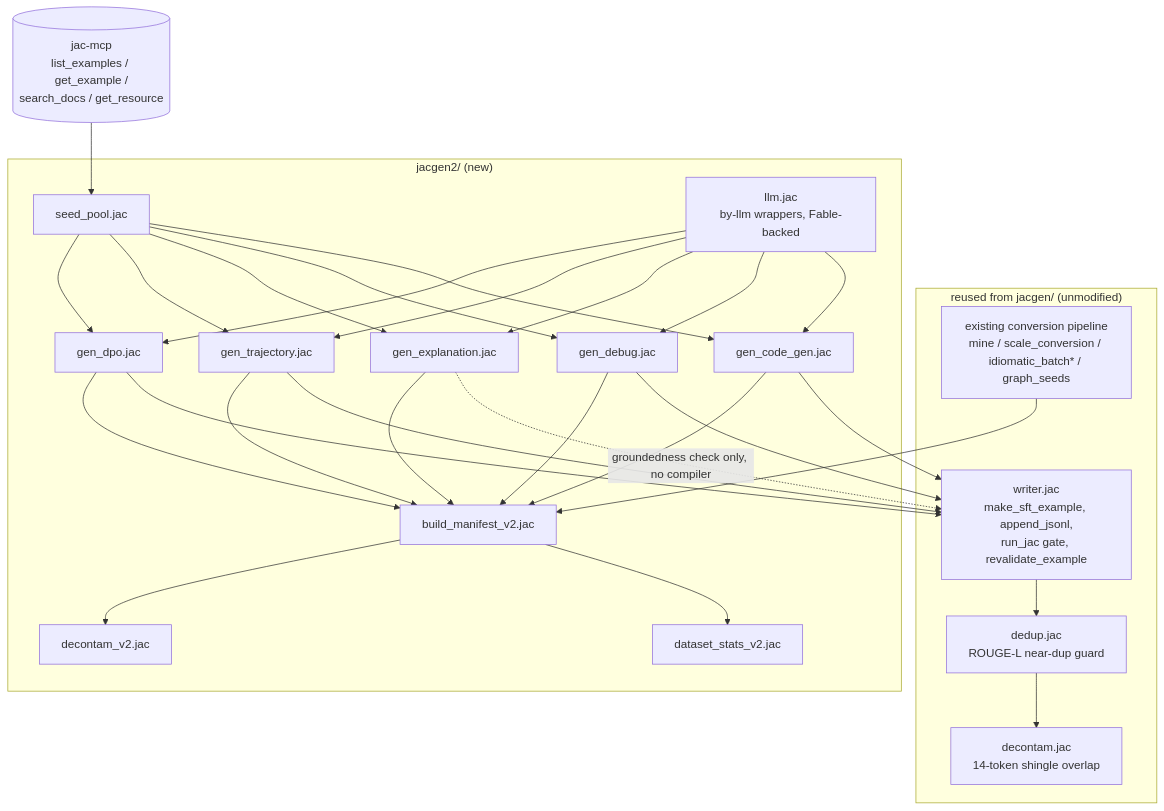
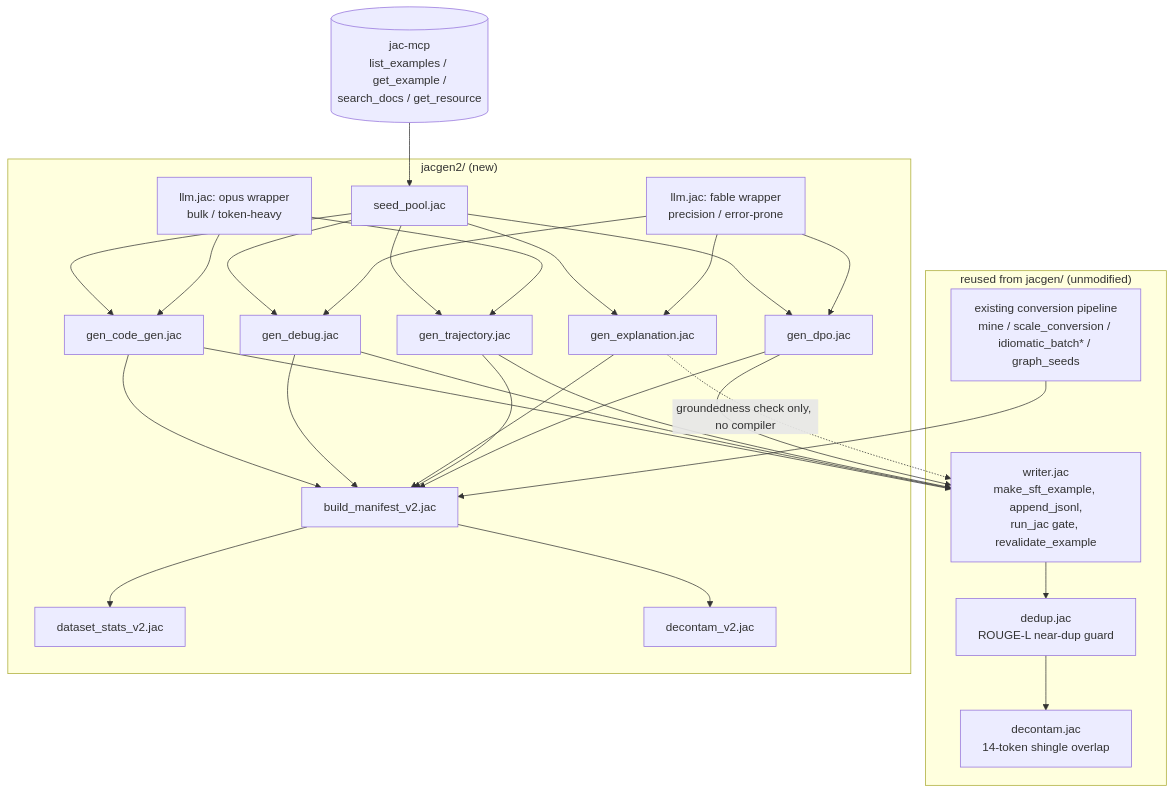
The first of 3 diagrams in 04-cpt-sft/docs/datagen/workflow.md (jaseci-labs/Jac_Model_Experiments), drawn with Mermaid before and after one commit. The commit also changed other lines of this file and 3 other files, not shown here.

First line of the commit message:
docs: 04-cpt-sft — split generator model, Opus for bulk, Fable for precision

````diff
--- a/04-cpt-sft/docs/datagen/workflow.md
+++ b/04-cpt-sft/docs/datagen/workflow.md
@@ -9,55 +9,56 @@
 ```mermaid
 flowchart TD
     subgraph reused["reused from jacgen/ (unmodified)"]
         writer[writer.jac<br/>make_sft_example, append_jsonl,<br/>run_jac gate, revalidate_example]
         dedup[dedup.jac<br/>ROUGE-L near-dup guard]
         decontam[decontam.jac<br/>14-token shingle overlap]
         convpipe[existing conversion pipeline<br/>mine / scale_conversion / idiomatic_batch* / graph_seeds]
     end
 
     subgraph new["jacgen2/ (new)"]
         seedpool[seed_pool.jac]
-        llm[llm.jac<br/>by-llm wrappers, Fable-backed]
+        llmopus[llm.jac: opus wrapper<br/>bulk / token-heavy]
+        llmfable[llm.jac: fable wrapper<br/>precision / error-prone]
         gencg[gen_code_gen.jac]
         gendbg[gen_debug.jac]
         genexp[gen_explanation.jac]
         gentraj[gen_trajectory.jac]
         gendpo[gen_dpo.jac]
         manifest[build_manifest_v2.jac]
         stats[dataset_stats_v2.jac]
         decontamv2[decontam_v2.jac]
     end
 
     mcp[(jac-mcp<br/>list_examples / get_example /<br/>search_docs / get_resource)]
 
     mcp --> seedpool
     seedpool --> gencg
     seedpool --> gendbg
     seedpool --> genexp
     seedpool --> gentraj
     seedpool --> gendpo
 
-    llm --> gencg
-    llm --> gendbg
-    llm --> genexp
-    llm --> gentraj
-    llm --> gendpo
+    llmopus --> gencg
+    llmopus --> gentraj
+    llmfable --> gendbg
+    llmfable --> genexp
+    llmfable --> gendpo
 
     gencg --> writer
     gendbg --> writer
     gentraj --> writer
     gendpo --> writer
     genexp -.groundedness check only, no compiler.-> writer
 
     writer --> dedup --> decontam
 
     gencg --> manifest
     gendbg --> manifest
     genexp --> manifest
     gentraj --> manifest
     convpipe --> manifest
     gendpo --> manifest
 
     manifest --> stats
     manifest --> decontamv2
 ```
````
